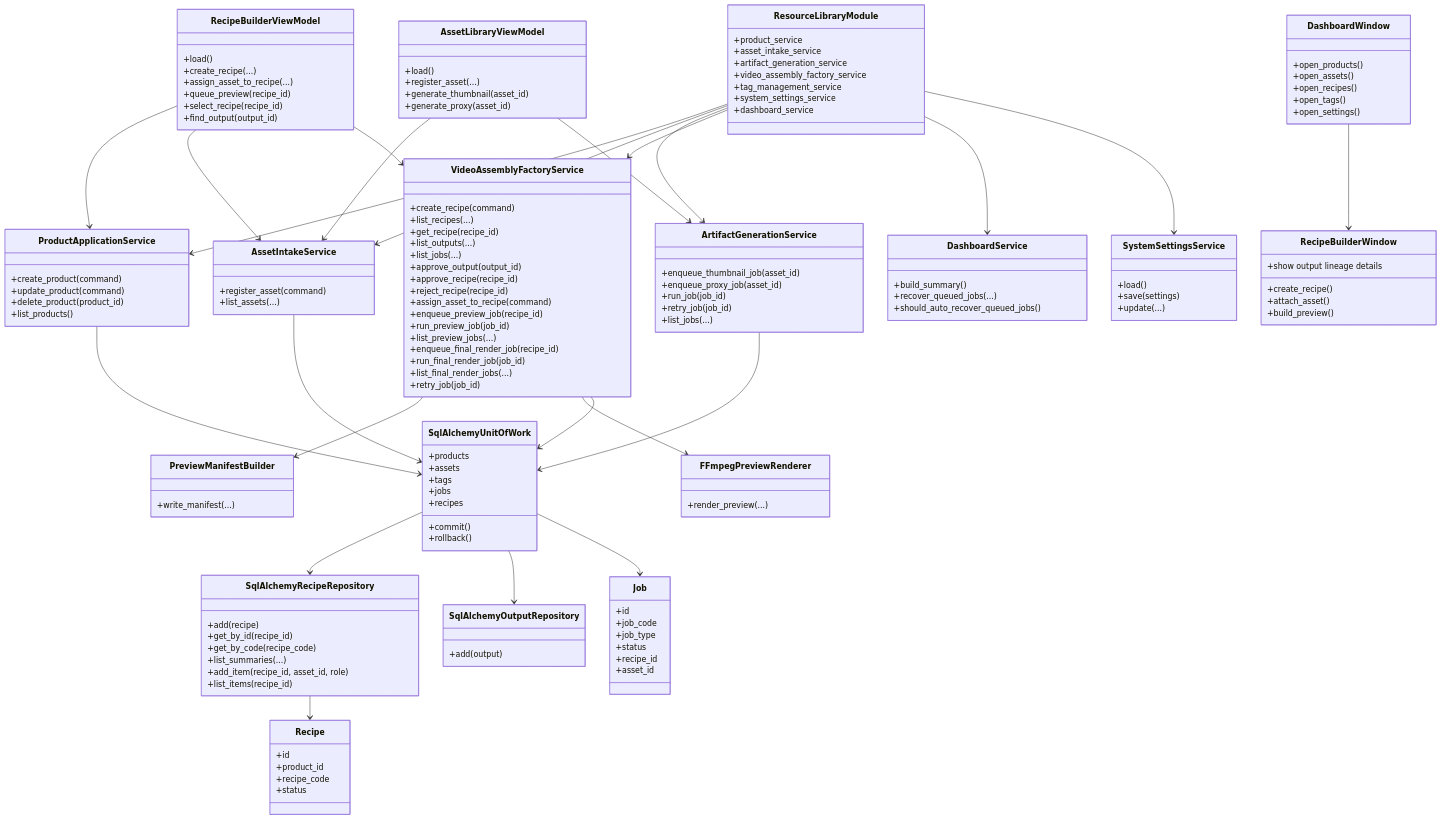
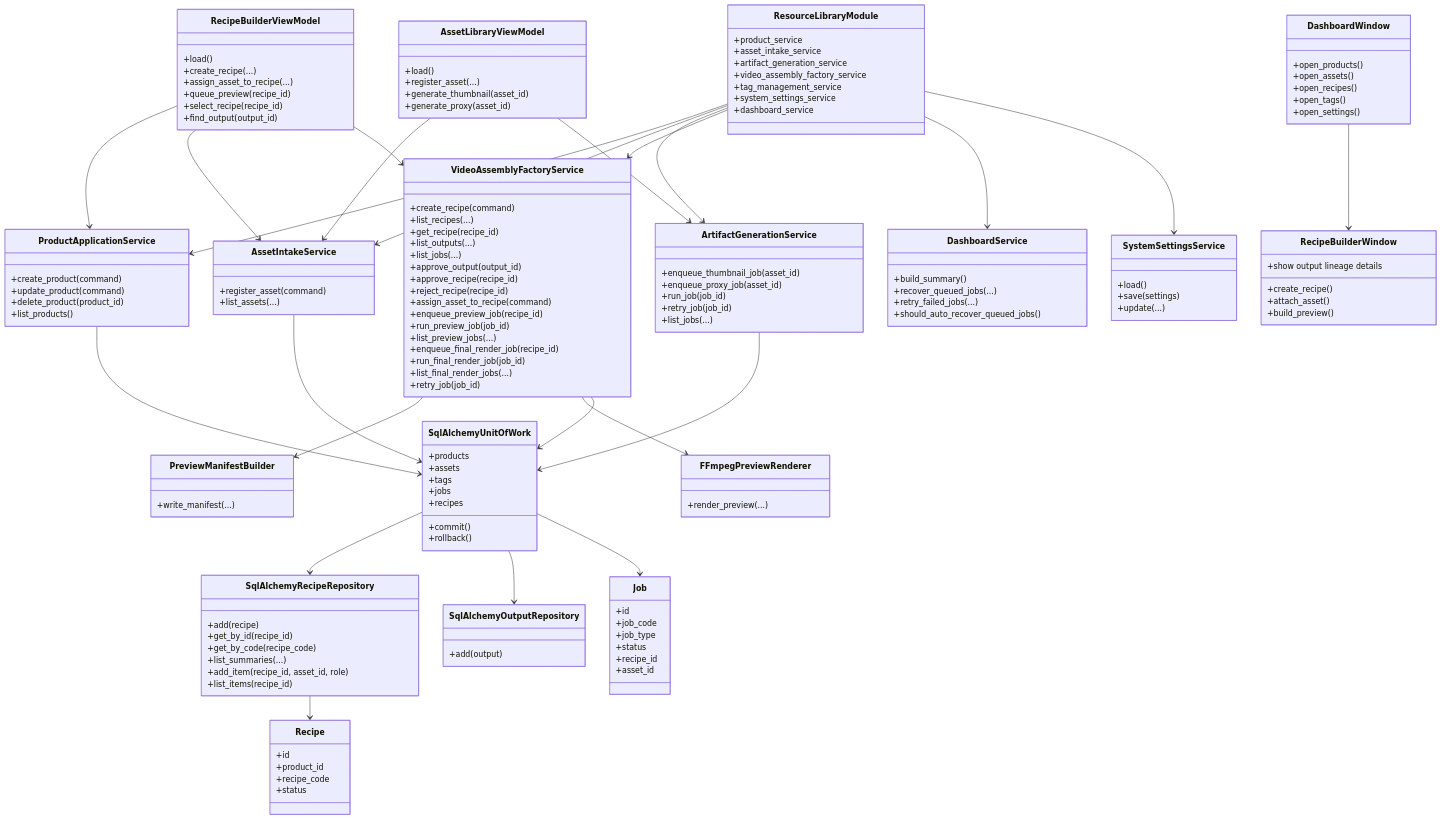
One commit to idev006/MTClipFactory changed the second of 10 diagrams in doc/10_UML_System_Overview.md. Above: the diagram before and after it, drawn with Mermaid. The commit also changed other lines of this file and 15 other files, not shown here.

Commit message:
Add failed job retry orchestration

```diff
--- a/doc/10_UML_System_Overview.md
+++ b/doc/10_UML_System_Overview.md
@@ -78,6 +78,7 @@
     class DashboardService {
         +build_summary()
         +recover_queued_jobs(...)
+        +retry_failed_jobs(...)
         +should_auto_recover_queued_jobs()
     }
 
```
